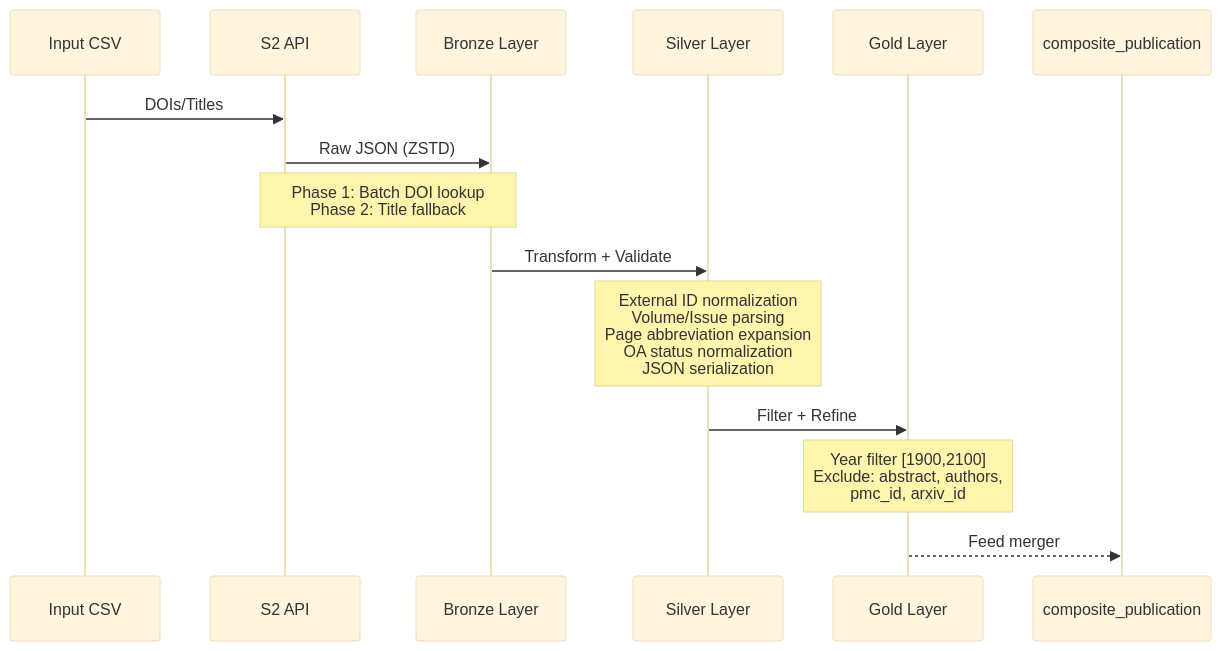
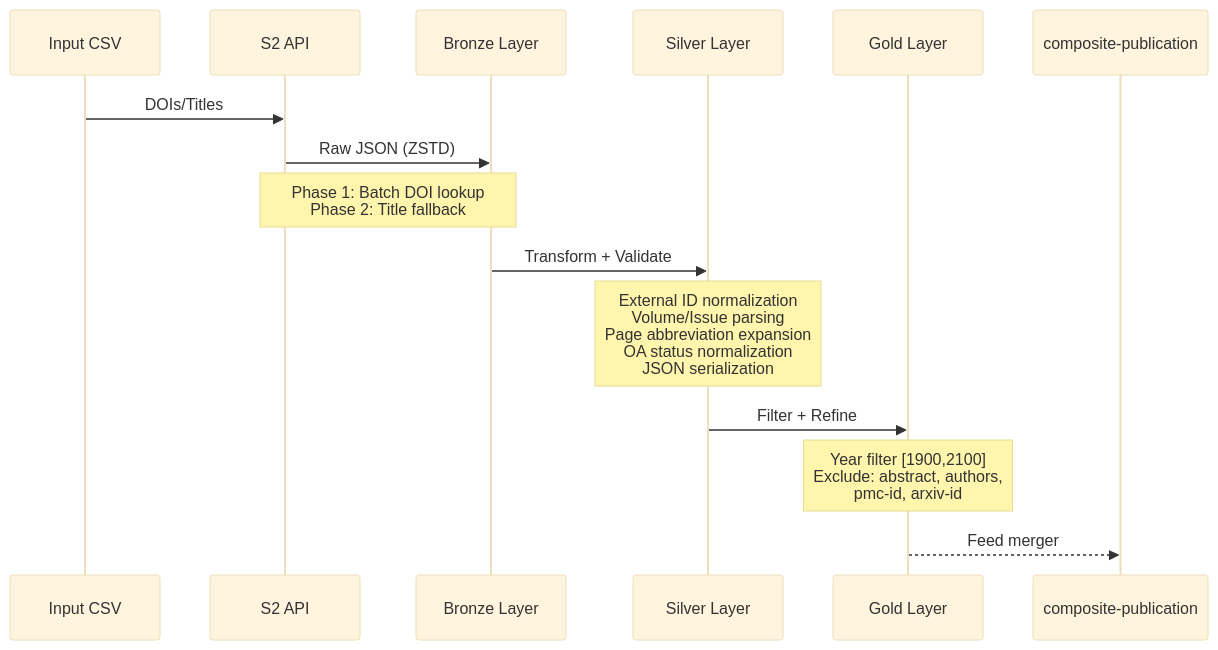
One commit to SatoryKono/BioactivityDataAcquisition changed the first of 2 diagrams in docs/04-reference/pipelines/semanticscholar-publication.md. Above: the diagram before and after it, drawn with Mermaid (base theme). The commit also changed other lines of this file and 311 other files, not shown here.

````diff
--- a/docs/04-reference/pipelines/semanticscholar-publication.md
+++ b/docs/04-reference/pipelines/semanticscholar-publication.md
@@ -517,18 +517,18 @@
 ```mermaid
 sequenceDiagram
     participant Input as Input CSV
     participant API as S2 API
     participant Bronze as Bronze Layer
     participant Silver as Silver Layer
     participant Gold as Gold Layer
-    participant Composite as composite_publication
+    participant Composite as composite-publication
 
     Input->>API: DOIs/Titles
     API->>Bronze: Raw JSON (ZSTD)
     Note over API,Bronze: Phase 1: Batch DOI lookup<br/>Phase 2: Title fallback
     Bronze->>Silver: Transform + Validate
     Note over Silver: External ID normalization<br/>Volume/Issue parsing<br/>Page abbreviation expansion<br/>OA status normalization<br/>JSON serialization
     Silver->>Gold: Filter + Refine
-    Note over Gold: Year filter [1900,2100]<br/>Exclude: abstract, authors,<br/>pmc_id, arxiv_id
+    Note over Gold: Year filter [1900,2100]<br/>Exclude: abstract, authors,<br/>pmc-id, arxiv-id
     Gold-->>Composite: Feed merger
 ```
````
